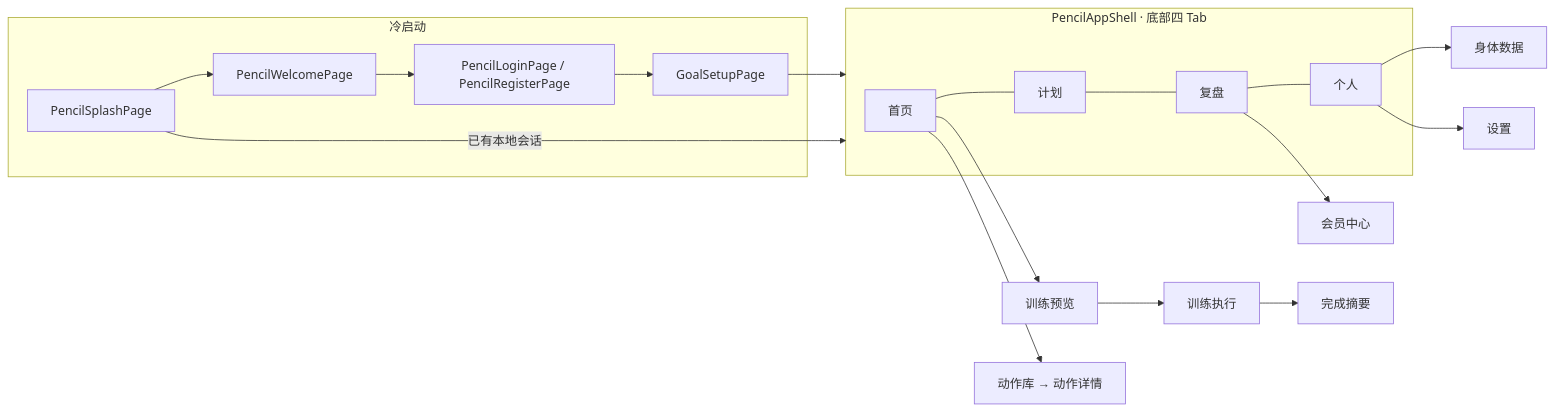
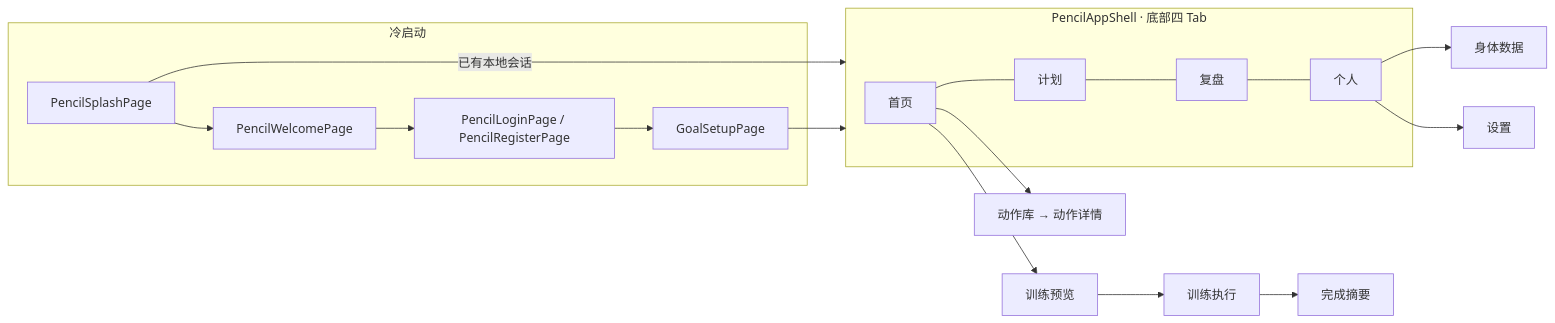
Before and after one commit to EarthxxRhythm/FitTracker: the diagram in README.md, drawn with Mermaid. The commit also changed other lines of this file and 20 other files, not shown here.

````diff
--- a/README.md
+++ b/README.md
@@ -107,16 +107,15 @@
 ```mermaid
 flowchart LR
   subgraph 冷启动
     S[PencilSplashPage] --> W[PencilWelcomePage] --> L[PencilLoginPage / PencilRegisterPage] --> O[GoalSetupPage]
   end
   S -- 已有本地会话 --> Shell
   O --> Shell
   subgraph Shell[PencilAppShell · 底部四 Tab]
     Home[首页] --- Plan[计划] --- Review[复盘] --- Profile[个人]
   end
   Home --> P[训练预览] --> A[训练执行] --> C[完成摘要]
   Home --> Lib[动作库 → 动作详情]
-  Review --> Mon[会员中心]
   Profile --> Body[身体数据]
   Profile --> Set[设置]
 ```
````
